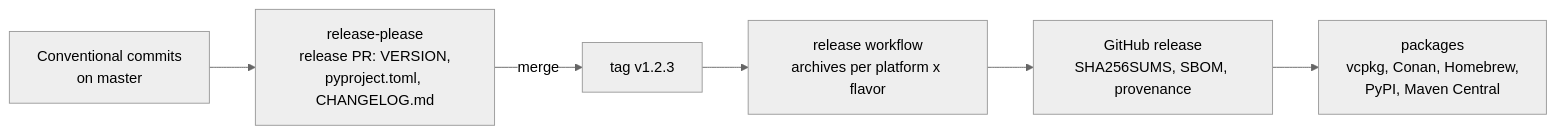
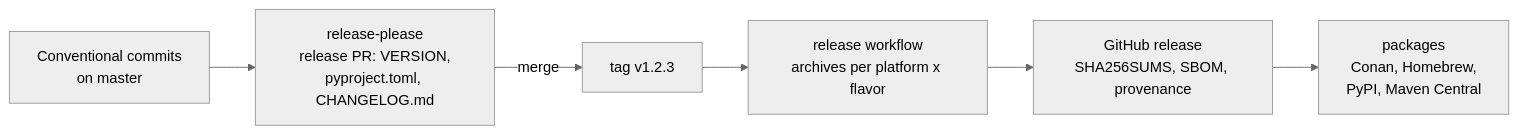
The diagram in docs/releasing.md (fatehmtd/VASDK), drawn with Mermaid (neutral theme) before and after one commit. The commit also changed other lines of this file and 45 other files, not shown here.

````diff
--- a/docs/releasing.md
+++ b/docs/releasing.md
@@ -24,8 +24,8 @@
 ```mermaid
 flowchart LR
     A["Conventional commits<br/>on master"] --> B["release-please<br/>release PR: VERSION,<br/>pyproject.toml, CHANGELOG.md"]
     B -->|merge| C["tag v1.2.3"]
     C --> D["release workflow<br/>archives per platform x flavor"]
     D --> E["GitHub release<br/>SHA256SUMS, SBOM, provenance"]
-    E --> F["packages<br/>vcpkg, Conan, Homebrew,<br/>PyPI, Maven Central"]
+    E --> F["packages<br/>Conan, Homebrew,<br/>PyPI, Maven Central"]
 ```
````
